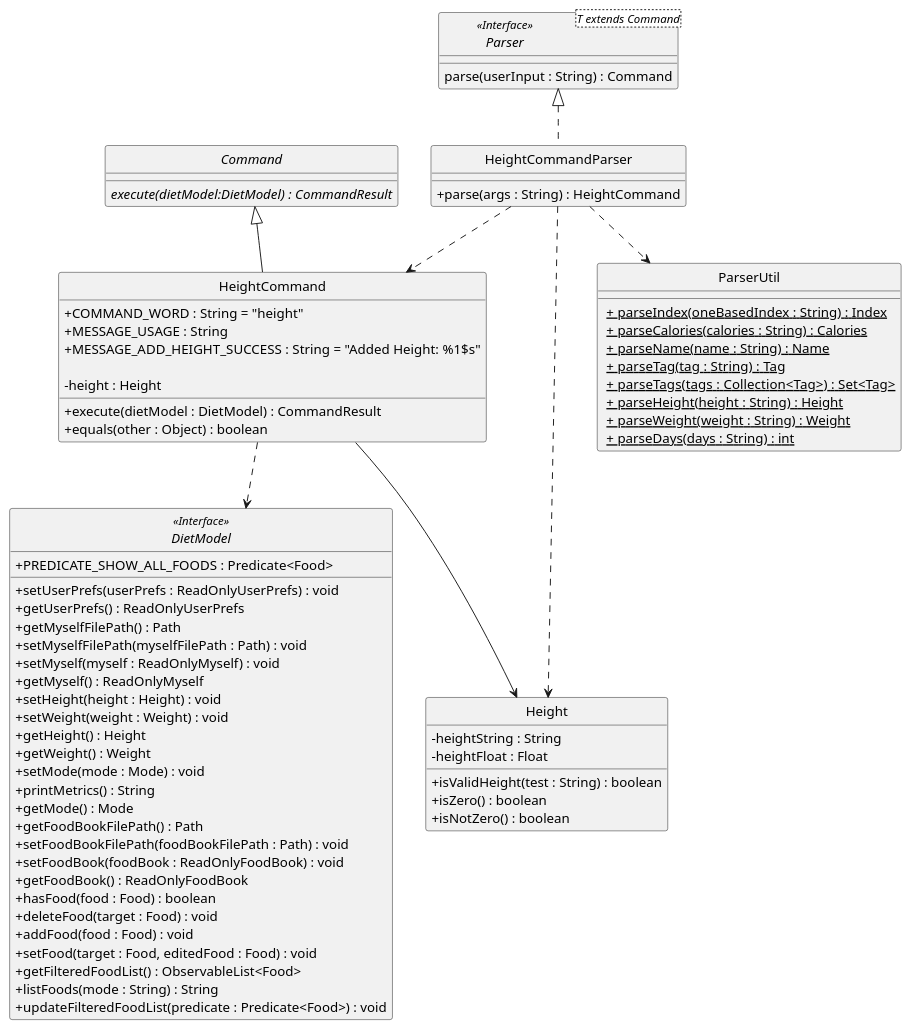
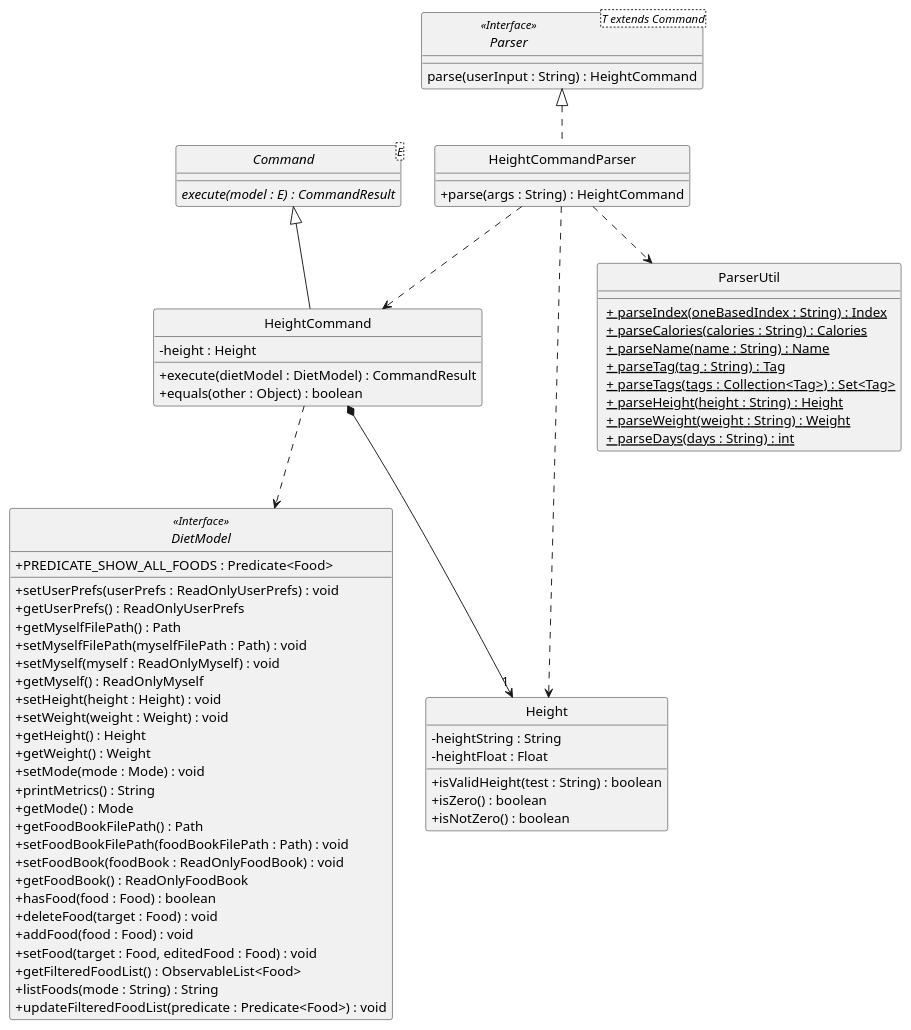
The diagram in docs/diagrams/DietTrackerHeightCommandClassDiagram.puml (nus-cs2103-AY1920S2/addressbook-level3), drawn with PlantUML before and after one commit. The commit also changed 45 other files, not shown here.

```diff
--- a/docs/diagrams/DietTrackerHeightCommandClassDiagram.puml
+++ b/docs/diagrams/DietTrackerHeightCommandClassDiagram.puml
@@ -1,95 +1,91 @@
 @startuml
 /' @author @jarrod-bob'/
 /' Got inspiration and adapted
 from https://github.com/AY1920S2-CS2103T-W12-1/main/blob/master/docs/images/DeliveredClassDiagram.png '/
 
 skinparam backgroundColor #ffffff
 skinparam classAttributeIconSize 0
 hide circle
 
 class HeightCommandParser implements Parser {
     /' Methods '/
     + parse(args : String) : HeightCommand
 }
 
 interface Parser<T extends Command> <<Interface>> {
-    parse(userInput : String) : Command
+    parse(userInput : String) : HeightCommand
 }
 
-abstract class Command {
-    {abstract} execute(dietModel:DietModel) : CommandResult
+abstract class Command<E> {
+    {abstract} execute(model : E) : CommandResult
 }
 
 class HeightCommand extends Command {
     /' Fields '/
-    + COMMAND_WORD : String = "height"
-    + MESSAGE_USAGE : String
-    + MESSAGE_ADD_HEIGHT_SUCCESS : String = "Added Height: %1$s"
-
     - height : Height
 
     /' Methods '/
     + execute(dietModel : DietModel) : CommandResult
     + equals(other : Object) : boolean
 
 }
 
 interface DietModel <<Interface>> {
     + PREDICATE_SHOW_ALL_FOODS : Predicate<Food>
 
     + setUserPrefs(userPrefs : ReadOnlyUserPrefs) : void
     + getUserPrefs() : ReadOnlyUserPrefs
     + getMyselfFilePath() : Path
     + setMyselfFilePath(myselfFilePath : Path) : void
     + setMyself(myself : ReadOnlyMyself) : void
     + getMyself() : ReadOnlyMyself
     + setHeight(height : Height) : void
     + setWeight(weight : Weight) : void
     + getHeight() : Height
     + getWeight() : Weight
     + setMode(mode : Mode) : void
     + printMetrics() : String
     + getMode() : Mode
     + getFoodBookFilePath() : Path
     + setFoodBookFilePath(foodBookFilePath : Path) : void
     + setFoodBook(foodBook : ReadOnlyFoodBook) : void
     + getFoodBook() : ReadOnlyFoodBook
     + hasFood(food : Food) : boolean
     + deleteFood(target : Food) : void
     + addFood(food : Food) : void
     + setFood(target : Food, editedFood : Food) : void
     + getFilteredFoodList() : ObservableList<Food>
     + listFoods(mode : String) : String
     + updateFilteredFoodList(predicate : Predicate<Food>) : void
 }
 
 class Height {
     /' Fields '/
     - heightString : String
     - heightFloat : Float
 
     /' Methods '/
     + isValidHeight(test : String) : boolean
     + isZero() : boolean
     + isNotZero() : boolean
 }
 
 class ParserUtil {
     <u> + parseIndex(oneBasedIndex : String) : Index
     <u> + parseCalories(calories : String) : Calories
     <u> + parseName(name : String) : Name
     <u> + parseTag(tag : String) : Tag
     <u> + parseTags(tags : Collection<Tag>) : Set<Tag>
     <u> + parseHeight(height : String) : Height
     <u> + parseWeight(weight : String) : Weight
     <u> + parseDays(days : String) : int
 }
 
 HeightCommand ..> DietModel
 HeightCommandParser ..> HeightCommand
 HeightCommandParser ..> Height
 HeightCommandParser ..> ParserUtil
-HeightCommand --> Height
+HeightCommand *--> "1" Height
 
 
 @enduml
```
